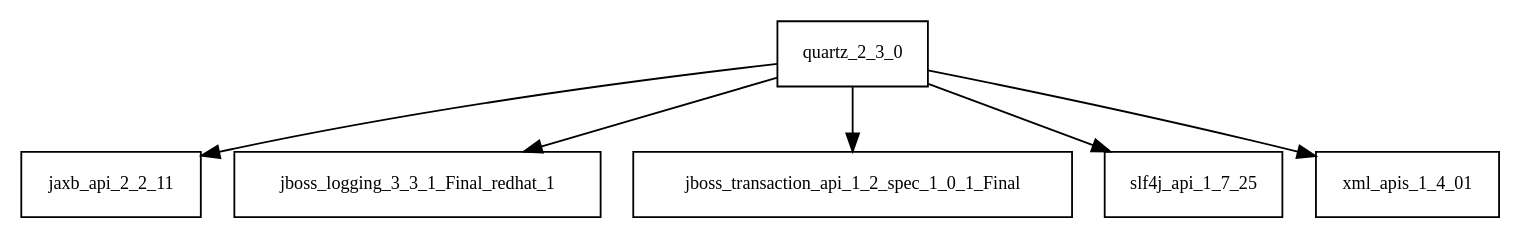
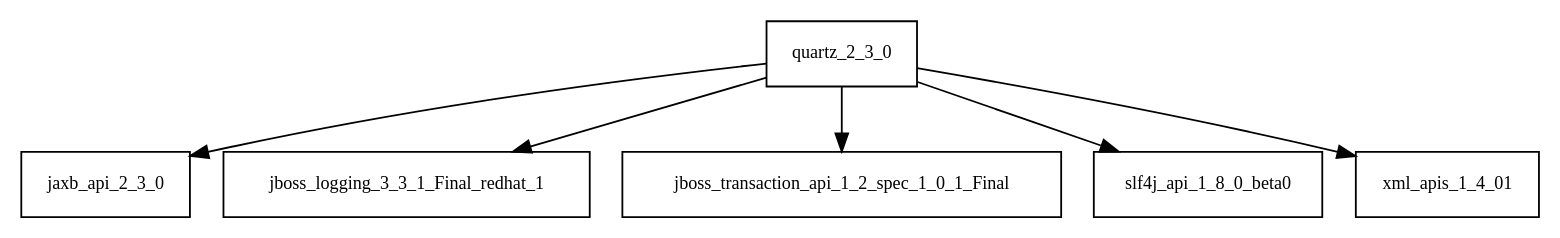
One commit to AglaianWoman/cia changed the diagram in tattleTaleReport/graphviz/quartz-2.3.0.jar/quartz-2.3.0.jar.dot. Above: the diagram before and after it, drawn with Graphviz. The commit also changed 3162 other files, not shown here.

```diff
--- a/tattleTaleReport/graphviz/quartz-2.3.0.jar/quartz-2.3.0.jar.dot
+++ b/tattleTaleReport/graphviz/quartz-2.3.0.jar/quartz-2.3.0.jar.dot
@@ -1,8 +1,8 @@
 digraph quartz_2_3_0_dependencies {
   node [shape = box, fontsize=10.0];
-  quartz_2_3_0 -> jaxb_api_2_2_11;
+  quartz_2_3_0 -> jaxb_api_2_3_0;
   quartz_2_3_0 -> jboss_logging_3_3_1_Final_redhat_1;
   quartz_2_3_0 -> jboss_transaction_api_1_2_spec_1_0_1_Final;
-  quartz_2_3_0 -> slf4j_api_1_7_25;
+  quartz_2_3_0 -> slf4j_api_1_8_0_beta0;
   quartz_2_3_0 -> xml_apis_1_4_01;
 }
```
